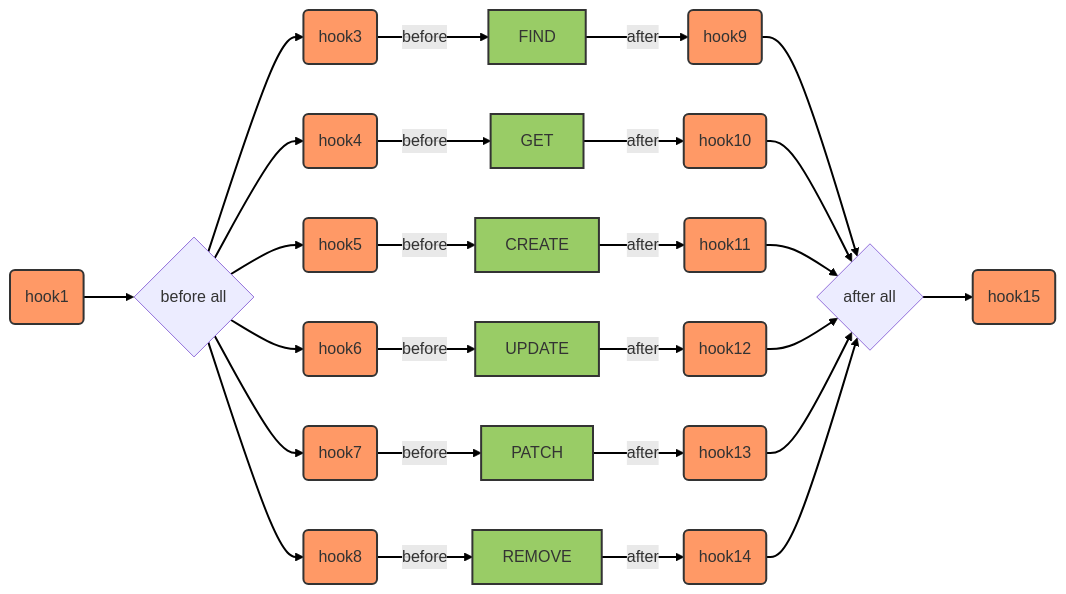
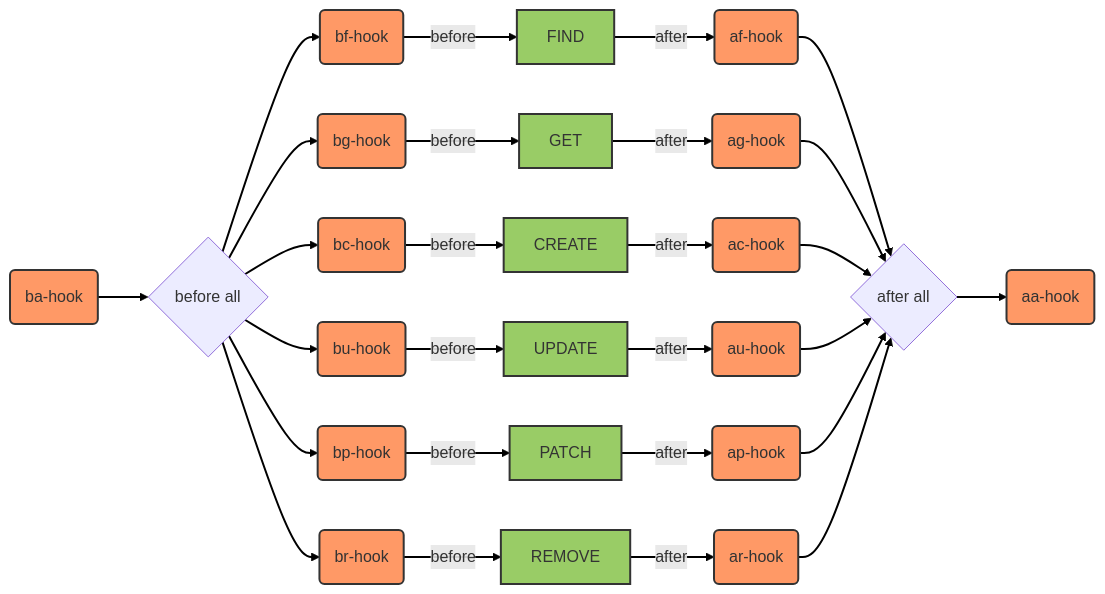
The diagram in diagrams/hooks-diagram-template.mmd (kalisio/kdk), drawn with Mermaid before and after one commit. The commit also changed 5 other files, not shown here.

Commit message:
Added/Improved hooks diagrams

```diff
--- a/diagrams/hooks-diagram-template.mmd
+++ b/diagrams/hooks-diagram-template.mmd
@@ -1,33 +1,42 @@
 graph LR
-	hook1(hook1) --> before{before all}
-    before --> hook3(hook3)
-    before --> hook4(hook4)
-    before --> hook5(hook5)
-    before --> hook6(hook6)
-    before --> hook7(hook7)
-    before --> hook8(hook8)
-    hook3 -->|before| FIND[FIND]
-    hook4 -->|before| GET[GET]
-    hook5 -->|before| CREATE[CREATE]
-    hook6 -->|before| UPDATE[UPDATE]
-    hook7 -->|before| PATCH[PATCH]
-    hook8 -->|before| REMOVE[REMOVE]
-    FIND -->|after| hook9(hook9)
-    GET -->|after| hook10(hook10)
-    CREATE -->|after| hook11(hook11)
-    UPDATE -->|after| hook12(hook12)
-    PATCH -->|after| hook13(hook13)
-    REMOVE -->|after| hook14(hook14)
-    hook9 --> after{after all}
-    hook10 --> after
-    hook11 --> after
-    hook12 --> after
-    hook13 --> after
-    hook14 --> after
-    after --> hook15(hook15)
+    beforeAll{before all}
+    bahook(ba-hook) --> beforeAll
+
+    afterAll{after all}
+    afterAll --> aahook(aa-hook)
+
+    beforeAll --> bfhook(bf-hook)
+    bfhook -->|before| FIND[FIND]
+    FIND -->|after| afhook(af-hook)
+    afhook --> afterAll
+    
+    beforeAll --> bghook(bg-hook)
+    bghook -->|before| GET[GET]
+    GET -->|after| aghook(ag-hook)
+    aghook --> afterAll
+
+    beforeAll --> bchook(bc-hook)
+    bchook -->|before| CREATE[CREATE]
+    CREATE -->|after| achook(ac-hook)
+    achook --> afterAll
+
+    beforeAll --> buhook(bu-hook)
+    buhook -->|before| UPDATE[UPDATE]
+    UPDATE -->|after| auhook(au-hook)
+    auhook --> afterAll
+
+    beforeAll --> bphook(bp-hook)
+    bphook -->|before| PATCH[PATCH]
+    PATCH -->|after| aphook(ap-hook)
+    aphook --> afterAll
+
+    beforeAll --> brhook(br-hook)
+    brhook -->|before| REMOVE[REMOVE]
+    REMOVE -->|after| arhook(ar-hook)
+    arhook --> afterAll
 
     linkStyle default stroke-width:2px,fill:none,stroke:black
     classDef hookClass fill:#f96,stroke:#333,stroke-width:2px
-    class hook1,hook2,hook3,hook4,hook5,hook6,hook7,hook8,hook9,hook10,hook11,hook12,hook13,hook14,hook15 hookClass
+    class bahook,aahook,bfhook,afhook,bghook,aghook,bchook,achook,buhook,auhook,bphook,aphook,brhook,arhook hookClass
     classDef operationClass fill:#9c6,stroke:#333,stroke-width:2px
     class FIND,GET,CREATE,UPDATE,PATCH,REMOVE operationClass
```
